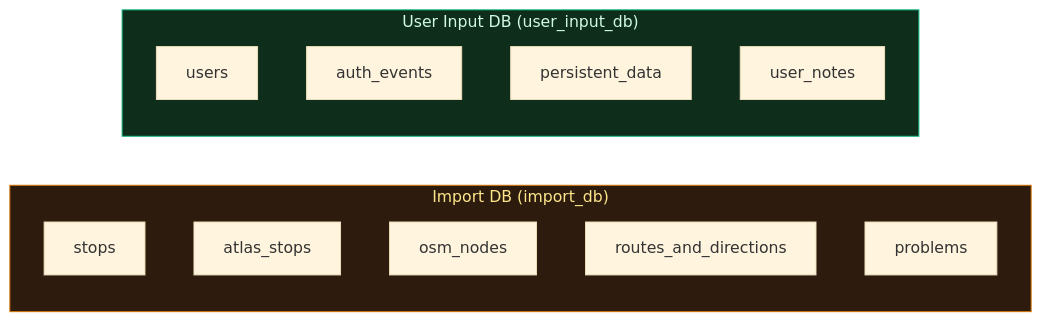
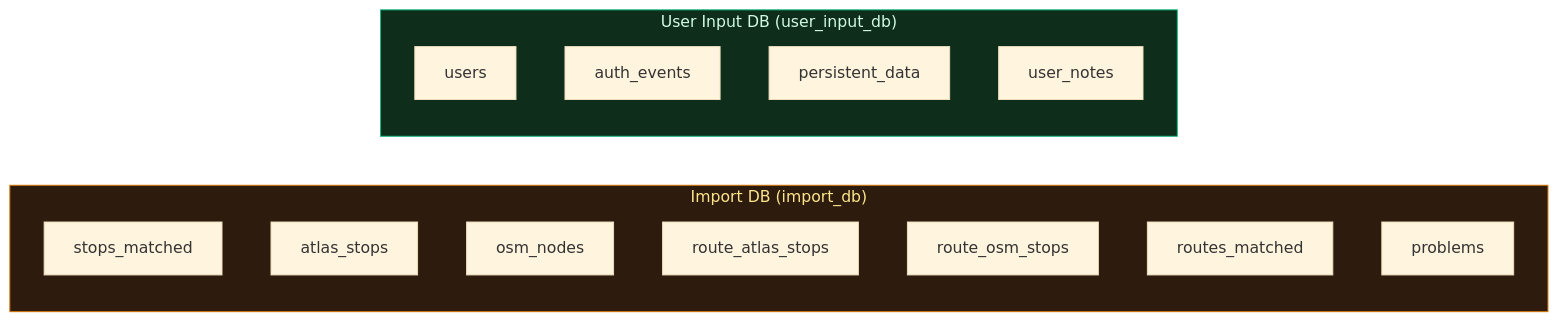
Before and after one commit to openTdataCH/stop_sync_osm_atlas: the diagram in documentation/4. Databases.md, drawn with Mermaid (base theme). The commit also changed other lines of this file and 44 other files, not shown here.

````diff
--- a/documentation/4. Databases.md
+++ b/documentation/4. Databases.md
@@ -7,22 +7,24 @@
 ```mermaid
 flowchart LR
     subgraph import_db["Import DB (import_db)"]
         direction TB
-        S[stops]
+        S[stops_matched]
         A[atlas_stops]
         O[osm_nodes]
-        R[routes_and_directions]
+        R1[route_atlas_stops]
+        R2[route_osm_stops]
+        R3[routes_matched]
         P[problems]
     end
     
     subgraph user_input_db["User Input DB (user_input_db)"]
         direction TB
         U[users]
         AE[auth_events]
         PD[persistent_data]
         UN[user_notes]
     end
     
     style import_db fill:#2d1b0e,stroke:#d97706,color:#fde68a
     style user_input_db fill:#0e2d1b,stroke:#10b981,color:#d1fae5
 ```
````
